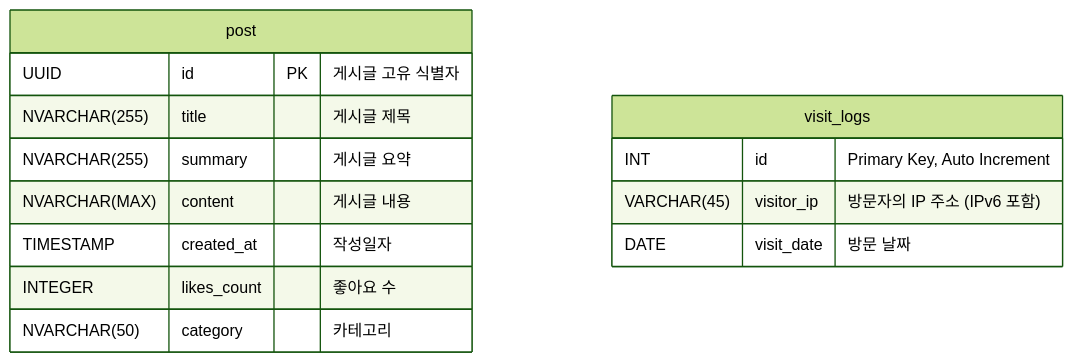
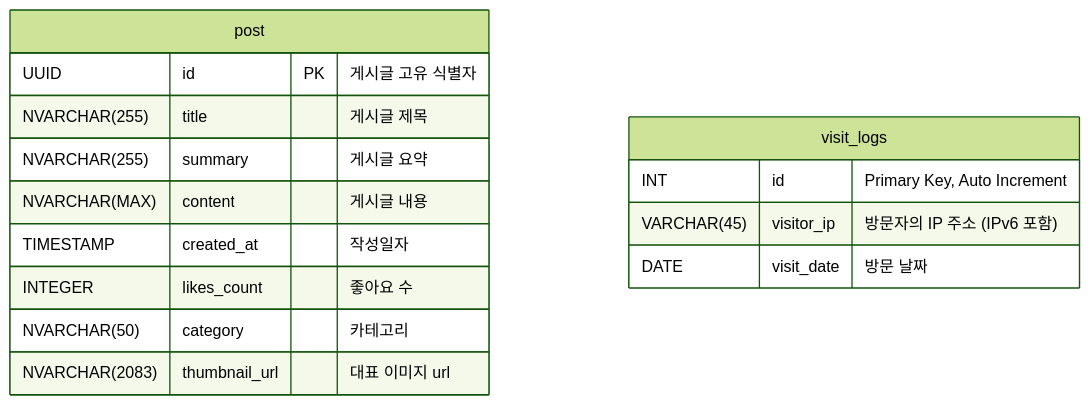
One commit to Team-NaBang/Bang-Backend changed the second of 2 diagrams in README.md. Above: the diagram before and after it, drawn with Mermaid (forest theme). The commit also changed 7 other files, not shown here.

Commit message:
✨ feat(#29): Add thumbnail_url to business logic

````diff
--- a/README.md
+++ b/README.md
@@ -77,18 +77,19 @@
 ```mermaid
 erDiagram
     post {
         UUID id PK "게시글 고유 식별자"
         NVARCHAR(255) title "게시글 제목"
         NVARCHAR(255) summary "게시글 요약"
         NVARCHAR(MAX) content "게시글 내용"
         TIMESTAMP created_at "작성일자"
         INTEGER likes_count "좋아요 수"
         NVARCHAR(50) category "카테고리"
+        NVARCHAR(2083) thumbnail_url "대표 이미지 url"
     }
 
     visit_logs {
         INT id "Primary Key, Auto Increment"
         VARCHAR(45) visitor_ip "방문자의 IP 주소 (IPv6 포함)"
         DATE visit_date "방문 날짜"
     }
 ```
````
